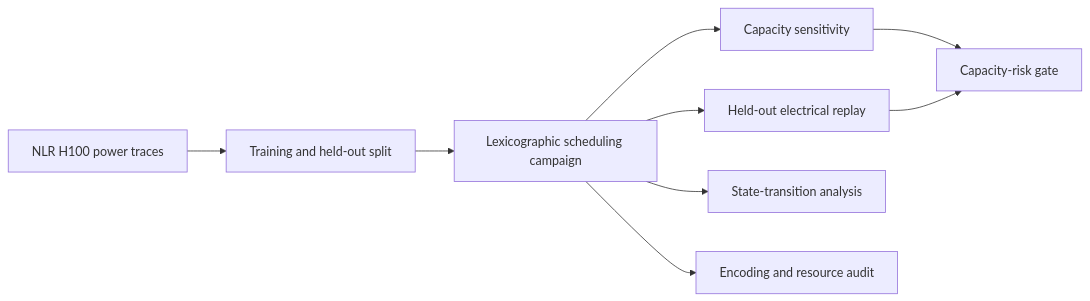
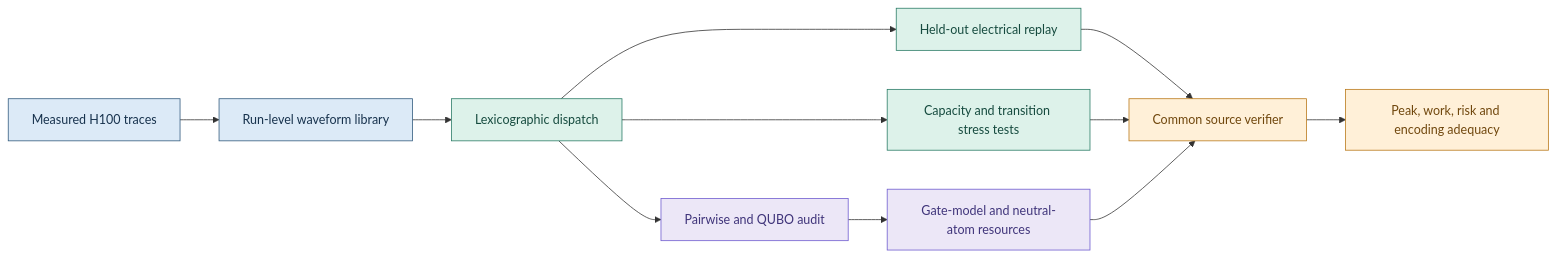
One commit to jc2341-Cambridge/powershape-q changed the diagram in README.md. Above: the diagram before and after it, drawn with Mermaid. The commit also changed other lines of this file, not shown here.

Commit message:
Expand scheduling and quantum hardware documentation

````diff
--- a/README.md
+++ b/README.md
@@ -27,11 +25,22 @@
 ```mermaid
 flowchart LR
-    A[NLR H100 power traces] --> B[Training and held-out split]
-    B --> C[Lexicographic scheduling campaign]
+    A[Measured H100 traces] --> B[Run-level waveform library]
+    B --> C[Lexicographic dispatch]
     C --> D[Held-out electrical replay]
-    C --> E[Capacity sensitivity]
-    C --> F[State-transition analysis]
-    C --> G[Encoding and resource audit]
-    E --> H[Capacity-risk gate]
-    D --> H
+    C --> E[Capacity and transition stress tests]
+    C --> F[Pairwise and QUBO audit]
+    F --> G[Gate-model and neutral-atom resources]
+    D --> H[Common source verifier]
+    E --> H
+    G --> H
+    H --> I[Peak, work, risk and encoding adequacy]
+
+    classDef measured fill:#DCEAF7,stroke:#315A7D,color:#17324D;
+    classDef optimise fill:#DDF2EA,stroke:#287A65,color:#164B3F;
+    classDef quantum fill:#ECE7F7,stroke:#6D5ACF,color:#3F347A;
+    classDef verify fill:#FFF0D8,stroke:#B97818,color:#70470D;
+    class A,B measured;
+    class C,D,E optimise;
+    class F,G quantum;
+    class H,I verify;
 ```
````
